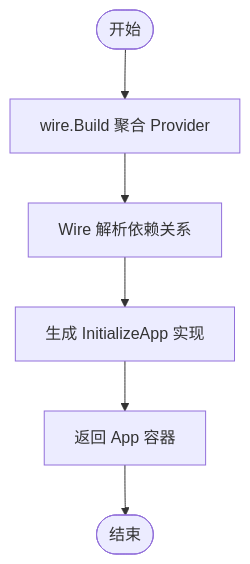
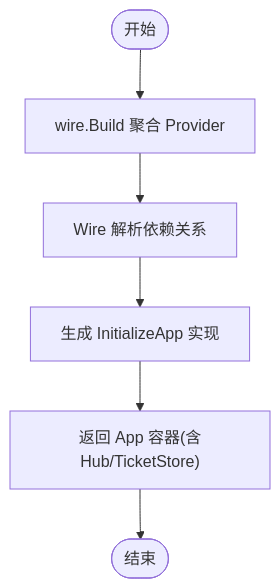
The third of 6 diagrams in .qoder/repowiki/zh/content/架构设计/依赖注入架构.md (wuwuseo/e-sports-go-admin), drawn with Mermaid before and after one commit. The commit also changed other lines of this file and 42 other files, not shown here.

````diff
--- a/.qoder/repowiki/zh/content/架构设计/依赖注入架构.md
+++ b/.qoder/repowiki/zh/content/架构设计/依赖注入架构.md
@@ -126,8 +128,8 @@
 ```mermaid
 flowchart TD
 Start(["开始"]) --> Build["wire.Build 聚合 Provider"]
 Build --> Resolve["Wire 解析依赖关系"]
 Resolve --> Gen["生成 InitializeApp 实现"]
-Gen --> Return["返回 App 容器"]
+Gen --> Return["返回 App 容器(含Hub/TicketStore)"]
 Return --> End(["结束"])
 ```
````
